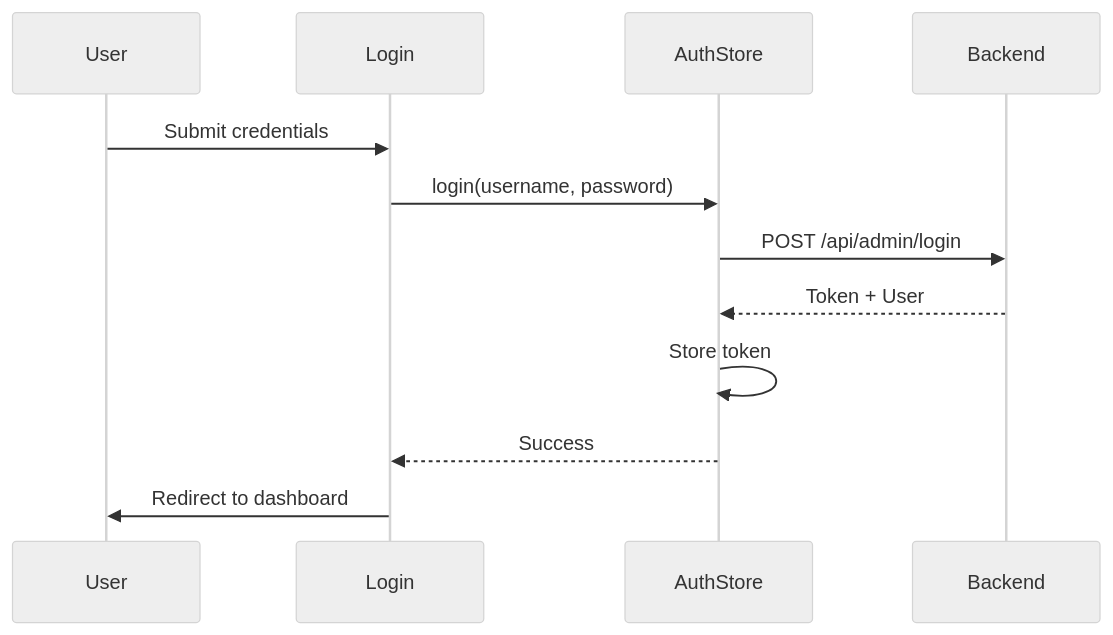
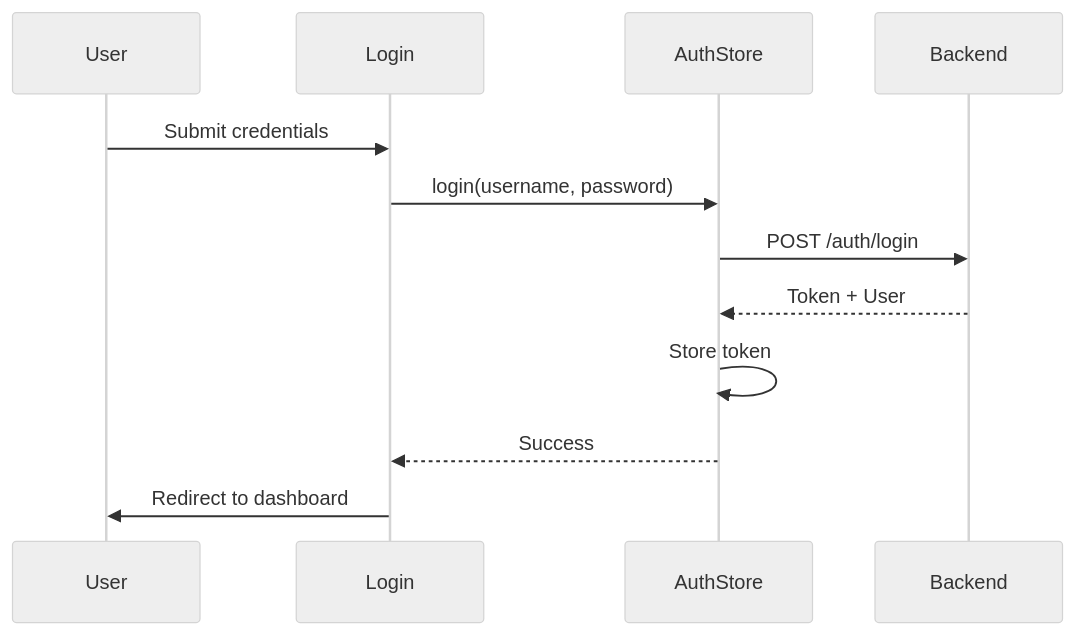
One commit to royzah/OryxID changed the third of 4 diagrams in frontend/README.md. Above: the diagram before and after it, drawn with Mermaid (neutral theme). The commit also changed other lines of this file and 2 other files, not shown here.

Commit message:
fix: Add favicon and fix documentation
- Add SVG favicon for frontend
- Update app.html to use SVG favicon
- Fix README diagram to show correct /auth/login path
- Update instructions to use correct port 8080

````diff
--- a/frontend/README.md
+++ b/frontend/README.md
@@ -208,15 +208,15 @@
 ```mermaid
 sequenceDiagram
     participant User
     participant Login
     participant AuthStore
     participant Backend
 
     User->>Login: Submit credentials
     Login->>AuthStore: login(username, password)
-    AuthStore->>Backend: POST /api/admin/login
+    AuthStore->>Backend: POST /auth/login
     Backend-->>AuthStore: Token + User
     AuthStore->>AuthStore: Store token
     AuthStore-->>Login: Success
     Login->>User: Redirect to dashboard
 ```
````
